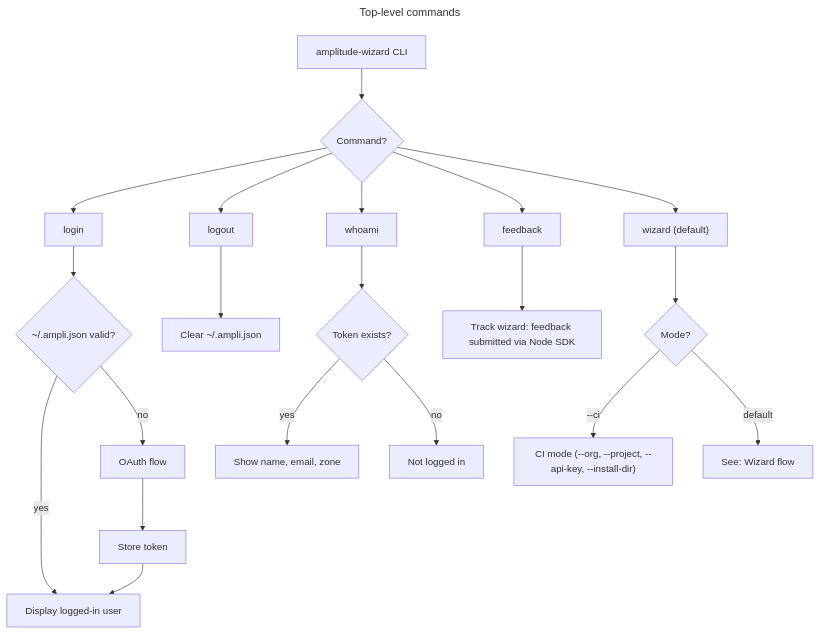
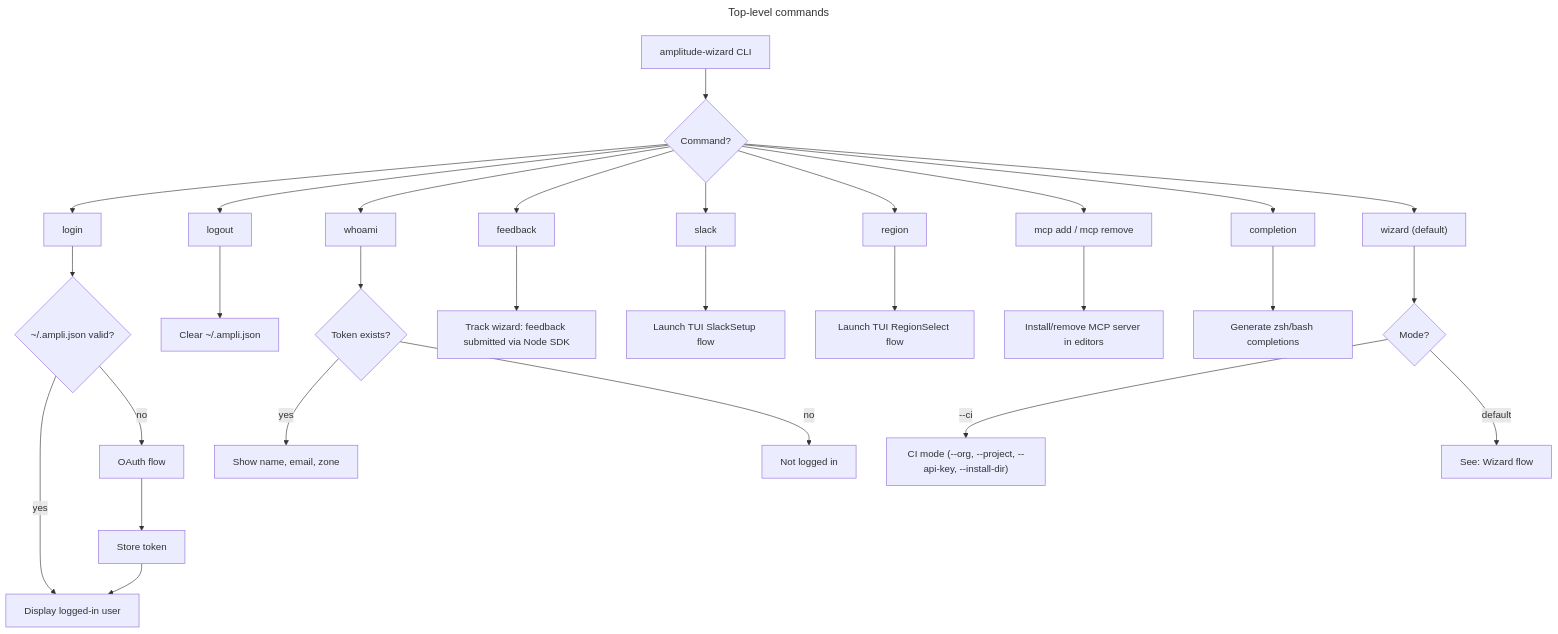
Before and after one commit to amplitude/wizard: the first of 7 diagrams in docs/flows.md, drawn with Mermaid. The commit also changed other lines of this file and 5 other files, not shown here.

````diff
--- a/docs/flows.md
+++ b/docs/flows.md
@@ -27,29 +26,38 @@
 ```mermaid
 ---
 title: Top-level commands
 ---
 flowchart TD
     CLI["amplitude-wizard CLI"] --> CMD{Command?}
 
     CMD --> LOGIN["login"]
     CMD --> LOGOUT["logout"]
     CMD --> WHOAMI["whoami"]
     CMD --> FEEDBACK["feedback"]
+    CMD --> SLACK_CMD["slack"]
+    CMD --> REGION_CMD["region"]
+    CMD --> MCP_CMD["mcp add / mcp remove"]
+    CMD --> COMPLETION["completion"]
     CMD --> WIZARD["wizard (default)"]
 
     FEEDBACK --> FEEDBACK_SEND["Track wizard: feedback submitted via Node SDK"]
 
     LOGIN --> LOGIN_CHECK{~/.ampli.json valid?}
     LOGIN_CHECK -->|yes| LOGIN_DONE["Display logged-in user"]
     LOGIN_CHECK -->|no| OAUTH["OAuth flow"] --> STORE["Store token"] --> LOGIN_DONE
 
     LOGOUT --> CLEAR["Clear ~/.ampli.json"]
 
     WHOAMI --> CHECK_TOKEN{Token exists?}
     CHECK_TOKEN -->|yes| SHOW_USER["Show name, email, zone"]
     CHECK_TOKEN -->|no| NOT_LOGGED_IN["Not logged in"]
 
+    SLACK_CMD --> SLACK_TUI["Launch TUI SlackSetup flow"]
+    REGION_CMD --> REGION_TUI["Launch TUI RegionSelect flow"]
+    MCP_CMD --> MCP_INSTALL["Install/remove MCP server in editors"]
+    COMPLETION --> SHELL_COMP["Generate zsh/bash completions"]
+
     WIZARD --> MODE{Mode?}
     MODE -->|--ci| CI["CI mode (--org, --project, --api-key, --install-dir)"]
     MODE -->|default| W["See: Wizard flow"]
 ```
````
